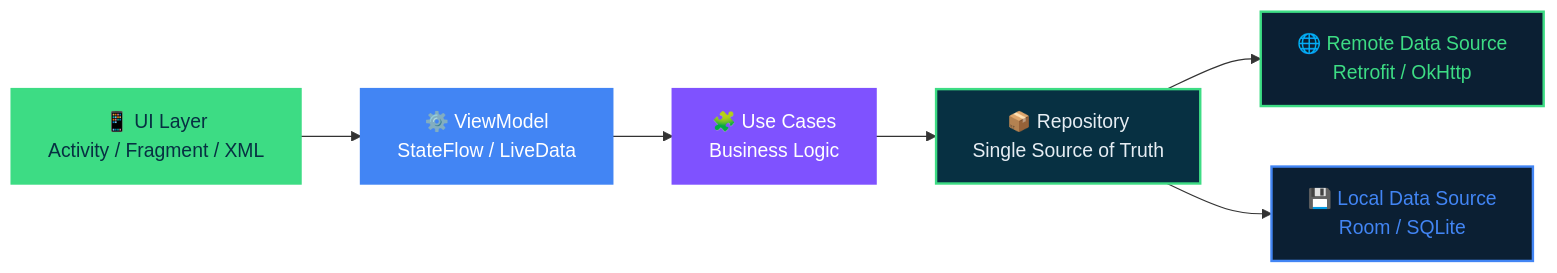
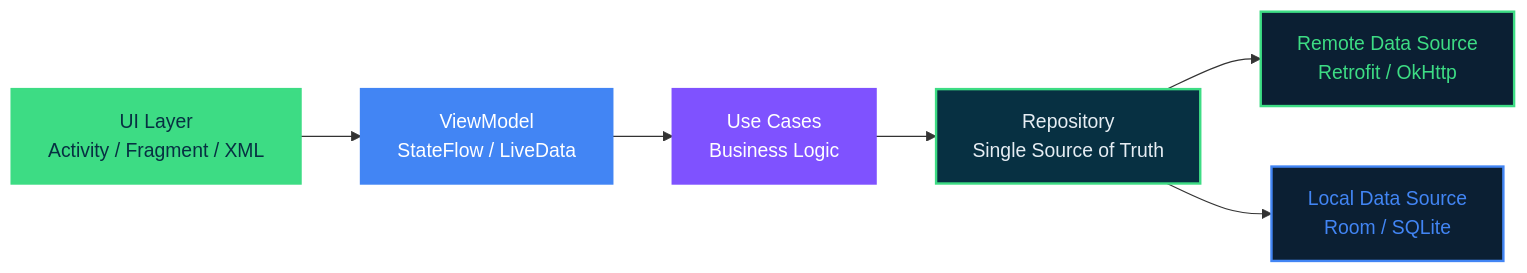
One commit to ibrahim-devsecx/ibrahim-devsecx changed the diagram in README.md. Above: the diagram before and after it, drawn with Mermaid. The commit also changed other lines of this file, not shown here.

````diff
--- a/README.md
+++ b/README.md
@@ -86,15 +69,15 @@
 ```mermaid
 flowchart LR
-    UI["📱 UI Layer\nActivity / Fragment / XML"] --> VM["⚙️ ViewModel\nStateFlow / LiveData"]
-    VM --> UC["🧩 Use Cases\nBusiness Logic"]
-    UC --> REPO["📦 Repository\nSingle Source of Truth"]
-    REPO --> API["🌐 Remote Data Source\nRetrofit / OkHttp"]
-    REPO --> DB["💾 Local Data Source\nRoom / SQLite"]
+    UI["UI Layer\nActivity / Fragment / XML"] --> VM["ViewModel\nStateFlow / LiveData"]
+    VM --> UC["Use Cases\nBusiness Logic"]
+    UC --> REPO["Repository\nSingle Source of Truth"]
+    REPO --> API["Remote Data Source\nRetrofit / OkHttp"]
+    REPO --> DB["Local Data Source\nRoom / SQLite"]
 
     style UI fill:#3DDC84,color:#073042,stroke:#3DDC84,stroke-width:2px
     style VM fill:#4285F4,color:#ffffff,stroke:#4285F4,stroke-width:2px
     style UC fill:#7F52FF,color:#ffffff,stroke:#7F52FF,stroke-width:2px
     style REPO fill:#073042,color:#E6EDF3,stroke:#3DDC84,stroke-width:2px
     style API fill:#0B1F33,color:#3DDC84,stroke:#3DDC84,stroke-width:2px
     style DB fill:#0B1F33,color:#4285F4,stroke:#4285F4,stroke-width:2px
 ```
````
